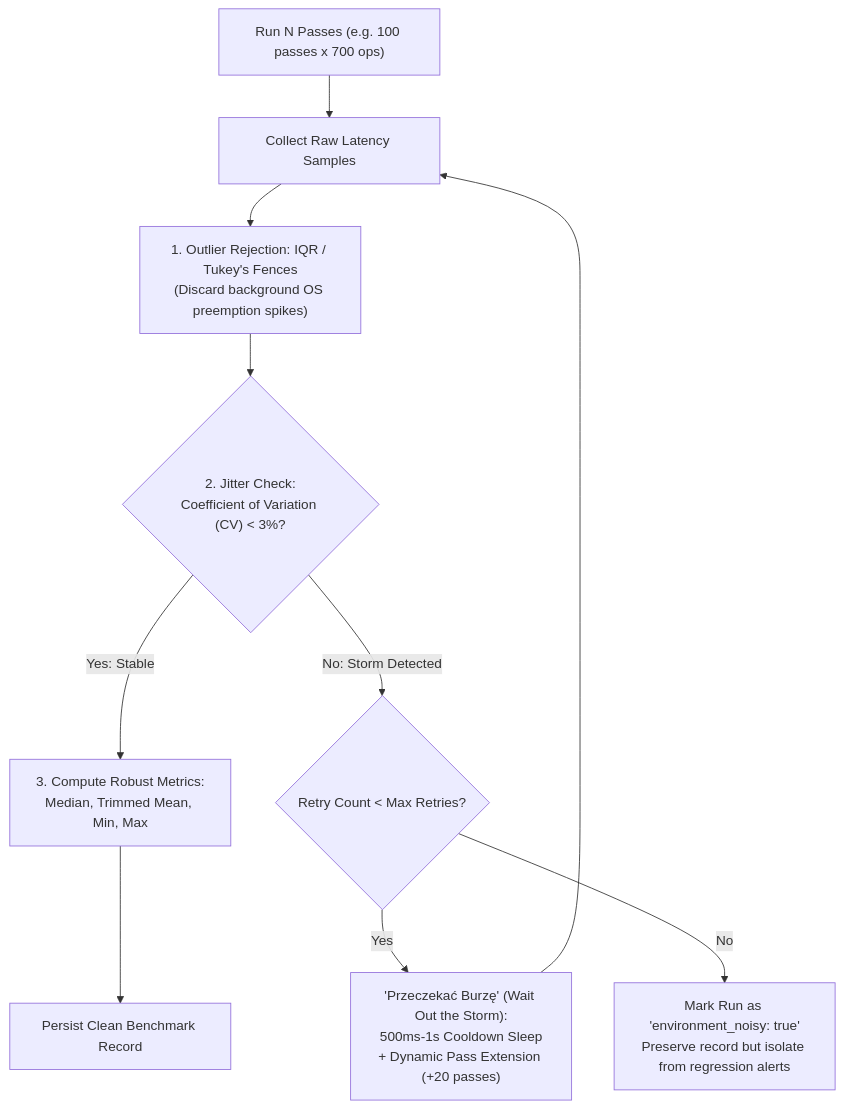
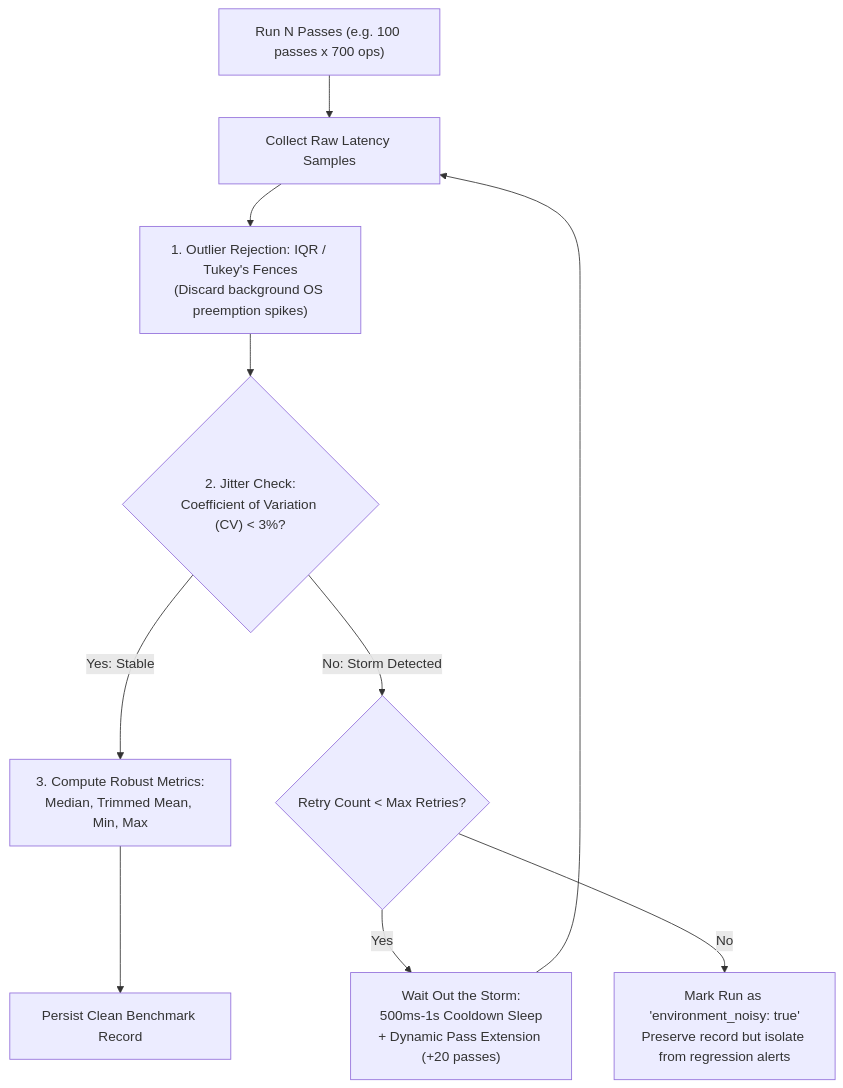
One commit to tomek-anuszkiewicz/amiga-studio changed the second of 7 diagrams in Obsidian/Amiga/Design/CPU Instruction Benchmarking.md. Above: the diagram before and after it, drawn with Mermaid. The commit also changed other lines of this file and 39 other files, not shown here.

````diff
--- a/Obsidian/Amiga/Design/CPU Instruction Benchmarking.md
+++ b/Obsidian/Amiga/Design/CPU Instruction Benchmarking.md
@@ -89,15 +89,15 @@
 ```mermaid
 flowchart TD
     Start["Run N Passes (e.g. 100 passes x 700 ops)"] --> Collect["Collect Raw Latency Samples"]
     Collect --> OutlierFilter["1. Outlier Rejection: IQR / Tukey's Fences<br/>(Discard background OS preemption spikes)"]
     OutlierFilter --> VarianceCheck{"2. Jitter Check:<br/>Coefficient of Variation (CV) < 3%?"}
 
     VarianceCheck -- Yes: Stable --> Aggregate["3. Compute Robust Metrics:<br/>Median, Trimmed Mean, Min, Max"]
     Aggregate --> Save["Persist Clean Benchmark Record"]
 
     VarianceCheck -- No: Storm Detected --> StormAction{"Retry Count < Max Retries?"}
-    StormAction -- Yes --> Cooldown["'Przeczekać Burzę' (Wait Out the Storm):<br/>500ms-1s Cooldown Sleep<br/>+ Dynamic Pass Extension (+20 passes)"]
+    StormAction -- Yes --> Cooldown["Wait Out the Storm:<br/>500ms-1s Cooldown Sleep<br/>+ Dynamic Pass Extension (+20 passes)"]
     Cooldown --> Collect
 
     StormAction -- No --> FlagNoisy["Mark Run as 'environment_noisy: true'<br/>Preserve record but isolate from regression alerts"]
 ```
````
